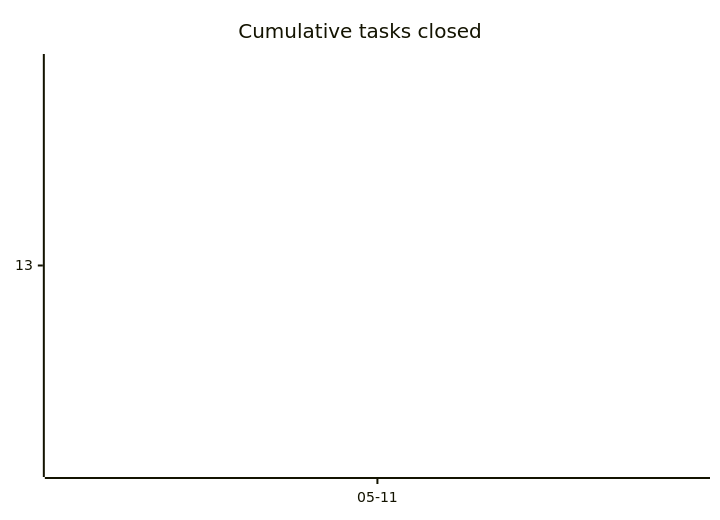
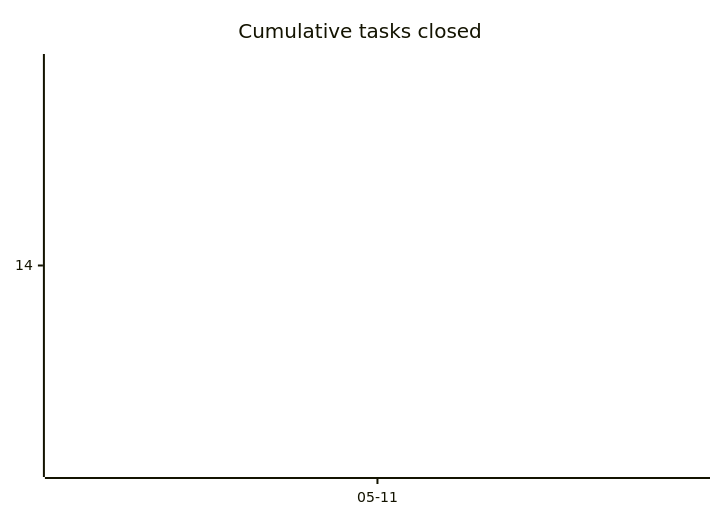
Before and after one commit to tgd1975/AwesomeGuitarPedal: the first of 3 diagrams in docs/developers/tasks/OVERVIEW.md, drawn with Mermaid. The commit also changed other lines of this file and 8 other files, not shown here.

````diff
--- a/docs/developers/tasks/OVERVIEW.md
+++ b/docs/developers/tasks/OVERVIEW.md
@@ -22,6 +22,6 @@
 ```mermaid
 xychart-beta
     title "Cumulative tasks closed"
     x-axis ["05-11"]
-    line [13]
+    line [14]
 ```
````
